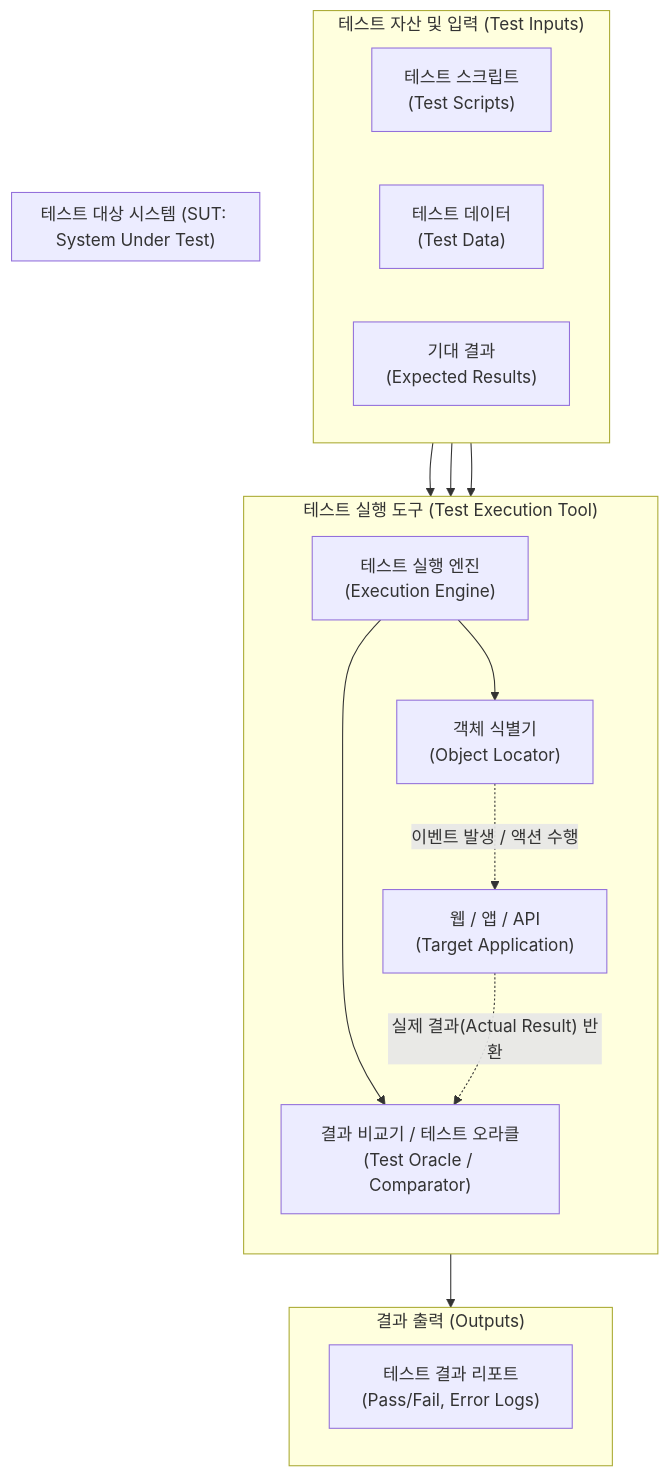
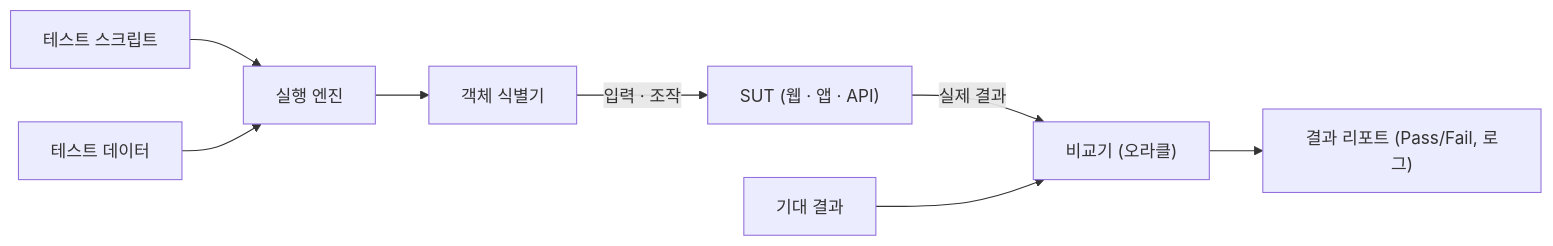
Before and after one commit to supremethumb/supremethumb.github.io: the diagram in content/01_IT Tech/테스트 실행 도구.md, drawn with Mermaid. The commit also changed other lines of this file and 1087 other files, not shown here.

````diff
--- a/content/01_IT Tech/테스트 실행 도구.md
+++ b/content/01_IT Tech/테스트 실행 도구.md
@@ -23,38 +34,10 @@
 ```mermaid
-flowchart TB
-    subgraph Test_Input["테스트 자산 및 입력 (Test Inputs)"]
-        direction LR
-        Script["테스트 스크립트<br/>(Test Scripts)"]
-        Data["테스트 데이터<br/>(Test Data)"]
-        Expected["기대 결과<br/>(Expected Results)"]
-    end
-
-    subgraph Execution_Tool["테스트 실행 도구 (Test Execution Tool)"]
-        direction TB
-        Engine["테스트 실행 엔진<br/>(Execution Engine)"]
-        Locator["객체 식별기<br/>(Object Locator)"]
-        Oracle["결과 비교기 / 테스트 오라클<br/>(Test Oracle / Comparator)"]
-        
-        Engine --> Locator
-        Locator -. "이벤트 발생 / 액션 수행" .-> SUT
-        Engine --> Oracle
-    end
-
-    subgraph Target["테스트 대상 시스템 (SUT: System Under Test)"]
-        direction LR
-        SUT["웹 / 앱 / API<br/>(Target Application)"]
-    end
-    
-    subgraph Output["결과 출력 (Outputs)"]
-        direction LR
-        Report["테스트 결과 리포트<br/>(Pass/Fail, Error Logs)"]
-    end
-
-    Script --> Engine
-    Data --> Engine
-    Expected --> Oracle
-    
-    SUT -. "실제 결과(Actual Result) 반환" .-> Oracle
-    Oracle --> Report
-
+flowchart LR
+    SC["테스트 스크립트"] --> EN["실행 엔진"]
+    DA["테스트 데이터"] --> EN
+    EN --> LO["객체 식별기"]
+    LO -- "입력 · 조작" --> SUT["SUT (웹 · 앱 · API)"]
+    SUT -- "실제 결과" --> CMP["비교기 (오라클)"]
+    EXP["기대 결과"] --> CMP
+    CMP --> RPT["결과 리포트 (Pass/Fail, 로그)"]
 ```
````
